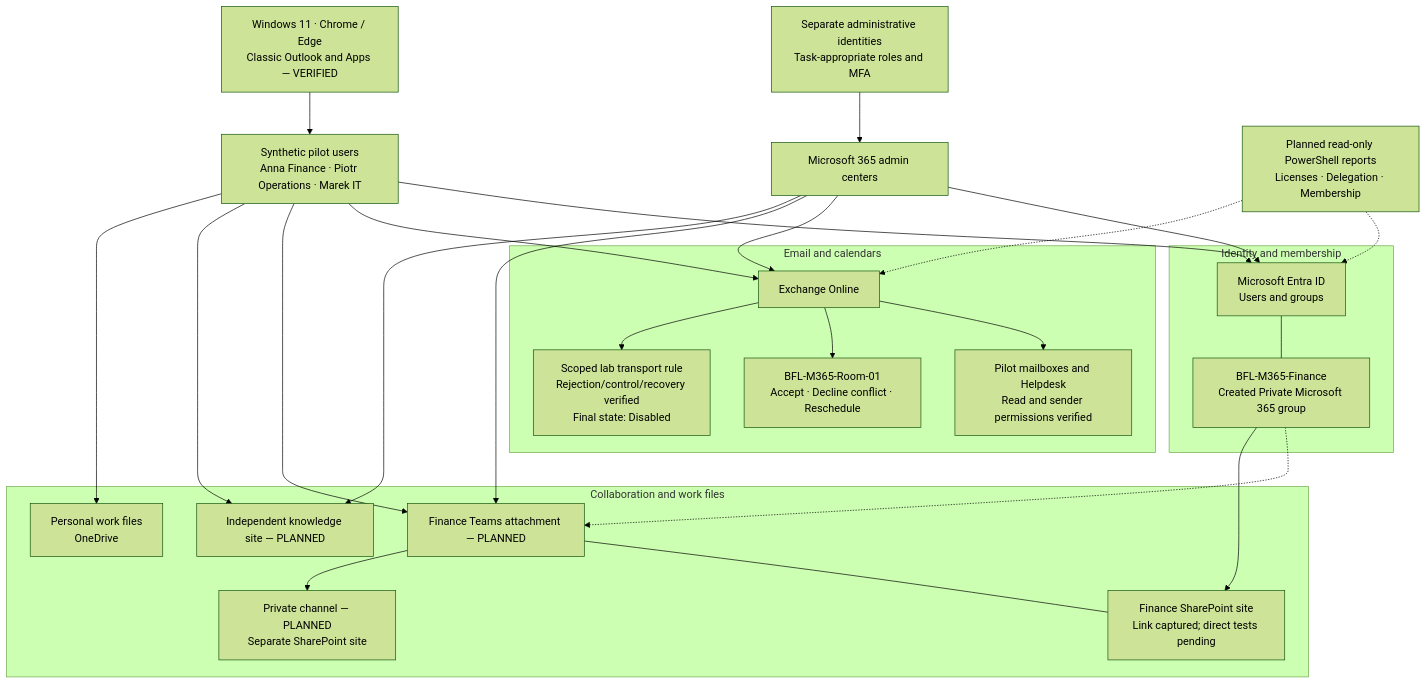
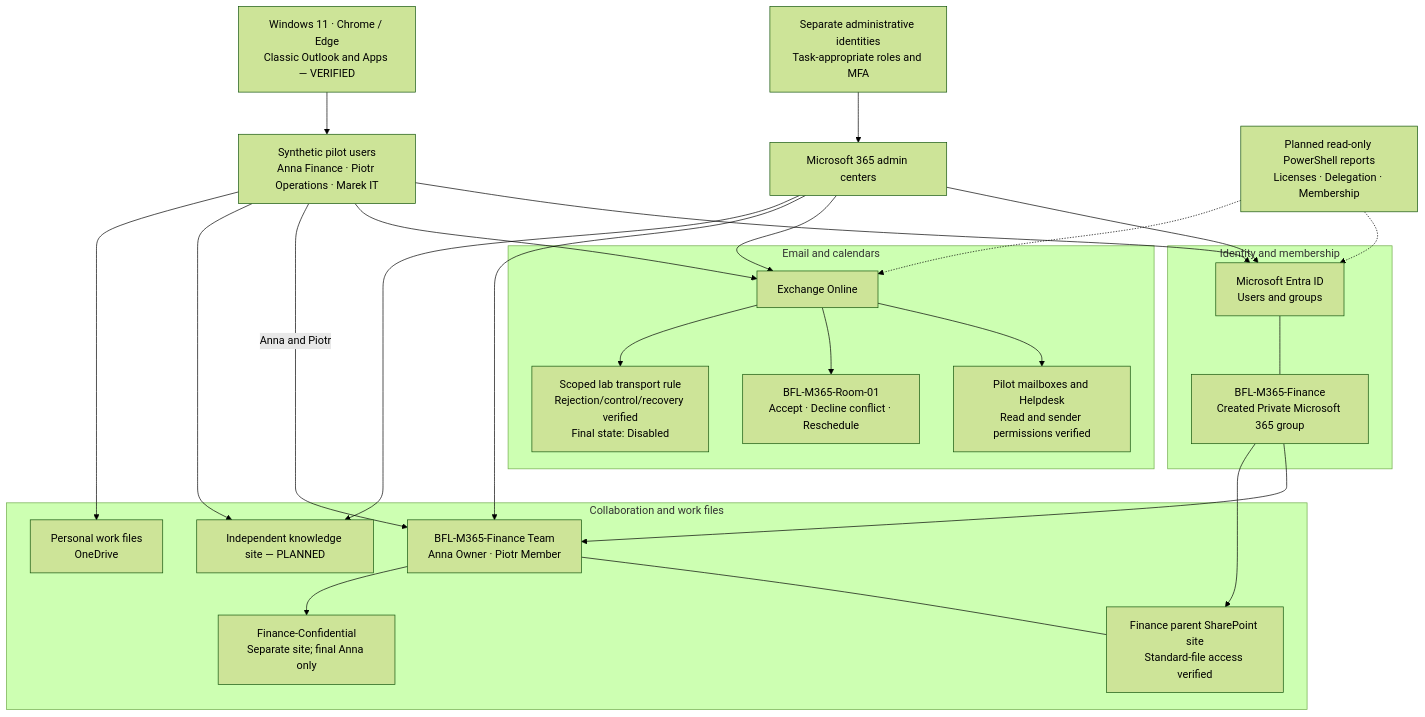
The diagram in README.md (krzysztof-szot/m365-administration-support-project), drawn with Mermaid (forest theme) before and after one commit. The commit also changed other lines of this file and 18 other files, not shown here.

Commit message:
Document Stage 07: private-channel boundaries and cross-device meeting

````diff
--- a/README.md
+++ b/README.md
@@ -203,51 +217,51 @@
 ```mermaid
 flowchart TB
     ADMIN["Separate administrative identities<br/>Task-appropriate roles and MFA"]
     CENTERS["Microsoft 365 admin centers"]
     PILOTS["Synthetic pilot users<br/>Anna Finance · Piotr Operations · Marek IT"]
     CLIENT["Windows 11 · Chrome / Edge<br/>Classic Outlook and Apps — VERIFIED"]
 
     subgraph IDENTITY["Identity and membership"]
         ENTRA["Microsoft Entra ID<br/>Users and groups"]
         GROUP["BFL-M365-Finance<br/>Created Private Microsoft 365 group"]
     end
 
     subgraph MESSAGING["Email and calendars"]
         EXO["Exchange Online"]
         MAIL["Pilot mailboxes and Helpdesk<br/>Read and sender permissions verified"]
         ROOM["BFL-M365-Room-01<br/>Accept · Decline conflict · Reschedule"]
         RULE["Scoped lab transport rule<br/>Rejection/control/recovery verified<br/>Final state: Disabled"]
     end
 
     subgraph COLLABORATION["Collaboration and work files"]
-        TEAM["Finance Teams attachment — PLANNED"]
-        PARENT["Finance SharePoint site<br/>Link captured; direct tests pending"]
-        PRIVATE["Private channel — PLANNED<br/>Separate SharePoint site"]
+        TEAM["BFL-M365-Finance Team<br/>Anna Owner · Piotr Member"]
+        PARENT["Finance parent SharePoint site<br/>Standard-file access verified"]
+        PRIVATE["Finance-Confidential<br/>Separate site; final Anna only"]
         KNOWLEDGE["Independent knowledge site — PLANNED"]
         ONEDRIVE["Personal work files<br/>OneDrive"]
     end
 
     REPORTS["Planned read-only PowerShell reports<br/>Licenses · Delegation · Membership"]
 
     ADMIN --> CENTERS
     CENTERS --> ENTRA
     CENTERS --> EXO
     CENTERS --> TEAM
     CENTERS --> KNOWLEDGE
     PILOTS --> ENTRA
     CLIENT --> PILOTS
     PILOTS --> EXO
-    PILOTS --> TEAM
+    PILOTS -->|Anna and Piotr| TEAM
     PILOTS --> KNOWLEDGE
     PILOTS --> ONEDRIVE
     ENTRA --- GROUP
-    GROUP -.-> TEAM
+    GROUP --> TEAM
     GROUP --> PARENT
     EXO --> MAIL
     EXO --> ROOM
     EXO --> RULE
     TEAM --- PARENT
     TEAM --> PRIVATE
     REPORTS -.-> ENTRA
     REPORTS -.-> EXO
 ```
````
